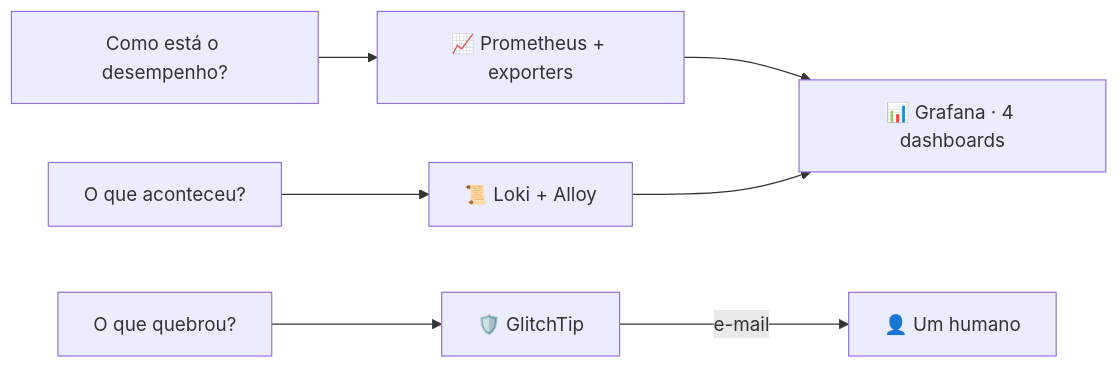
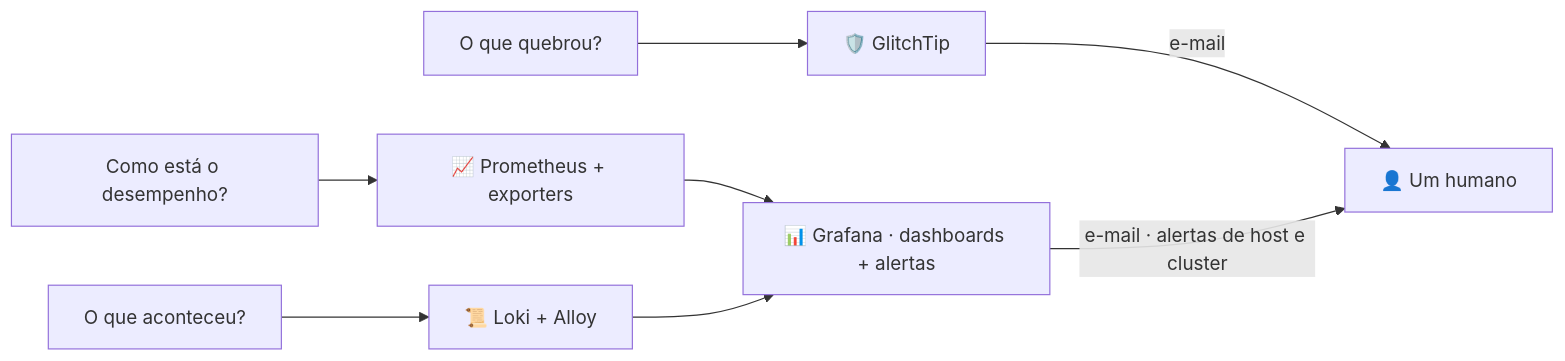
The diagram in architecture/monitoring/pt.md (AndDev741/Beyou-arch-design), drawn with Mermaid before and after one commit. The commit also changed other lines of this file and 29 other files, not shown here.

````diff
--- a/architecture/monitoring/pt.md
+++ b/architecture/monitoring/pt.md
@@ -8,9 +8,10 @@
 ```mermaid
 flowchart LR
   Q1["Como está o desempenho?"] --> PR["📈 Prometheus + exporters"]
   Q2["O que aconteceu?"] --> LK["📜 Loki + Alloy"]
   Q3["O que quebrou?"] --> GT["🛡️ GlitchTip"]
-  PR --> GF["📊 Grafana · 4 dashboards"]
+  PR --> GF["📊 Grafana · dashboards + alertas"]
   LK --> GF
   GT -->|"e-mail"| HUMAN["👤 Um humano"]
+  GF -->|"e-mail · alertas de host e cluster"| HUMAN
 ```
````
